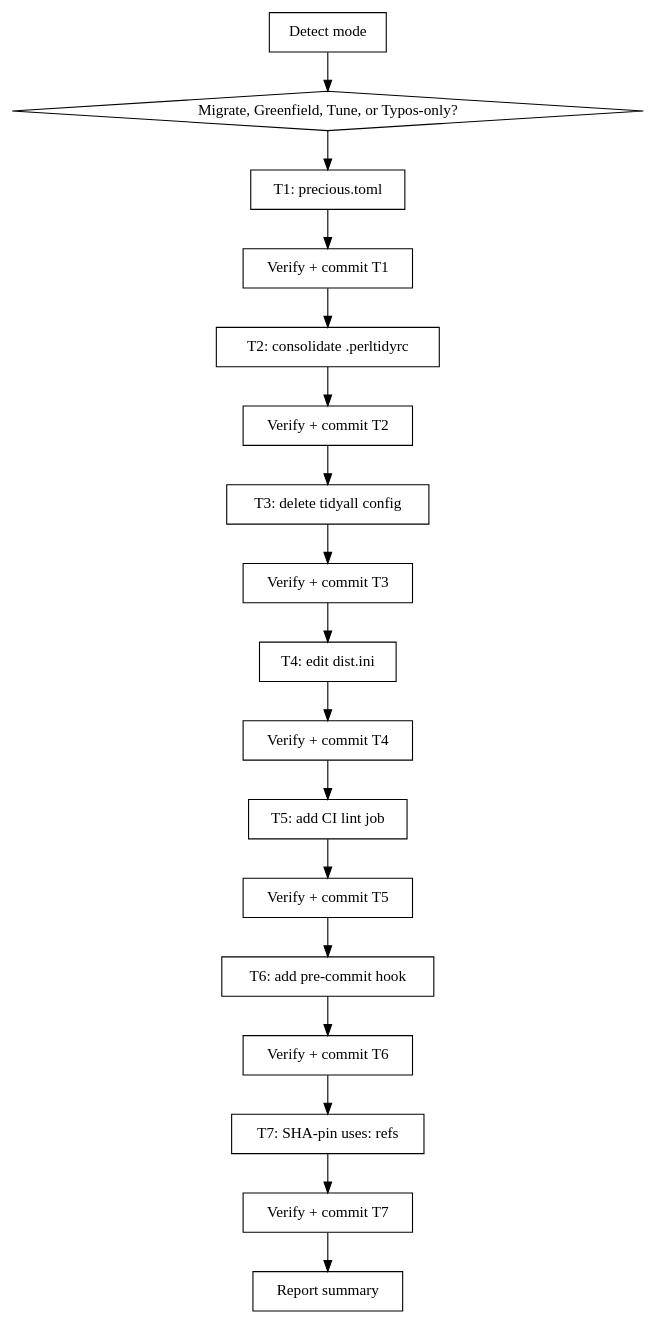
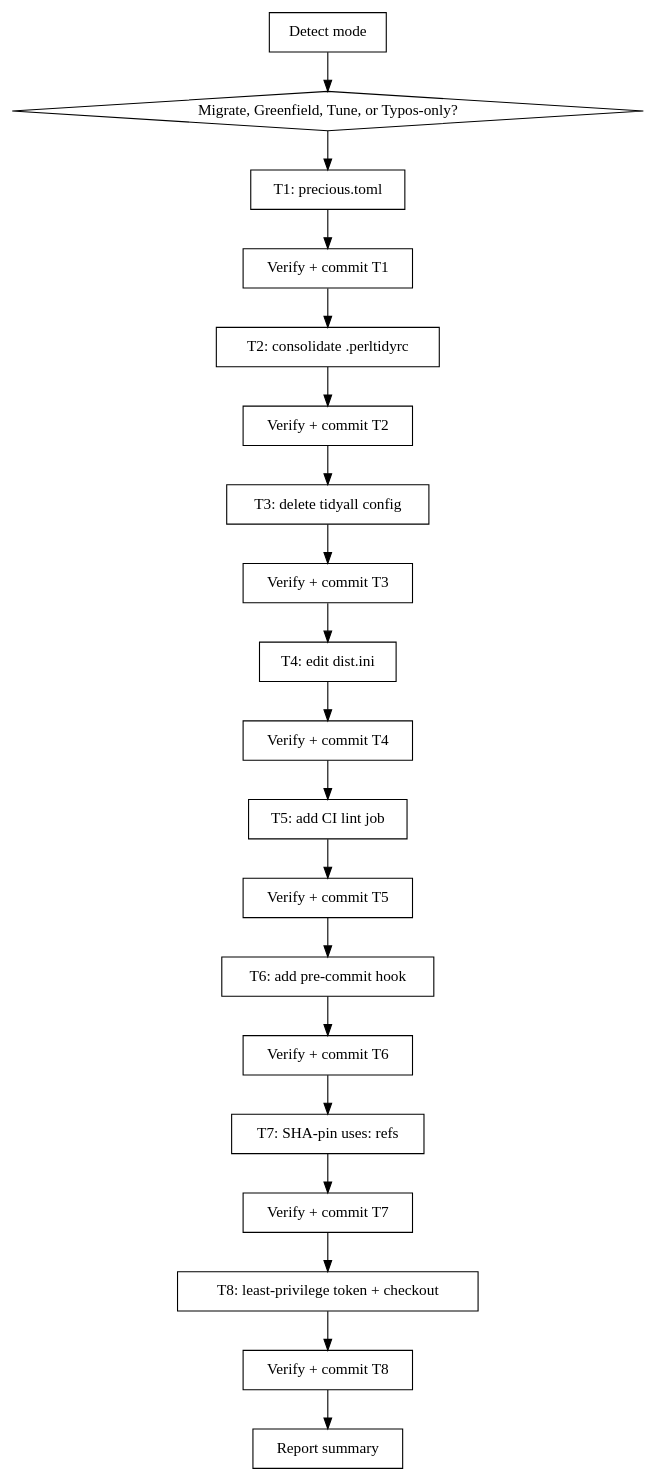
Before and after one commit to oalders/kitchen-sink: the diagram in skills/tune-precious/SKILL.md, drawn with Graphviz. The commit also changed other lines of this file and 7 other files, not shown here.

First line of the commit message:
least-privilege-gh-actions: least-privilege token and checkout defaults (v3.28.0) (#240)

````diff
--- a/skills/tune-precious/SKILL.md
+++ b/skills/tune-precious/SKILL.md
@@ -62,38 +63,42 @@
 ```dot
 digraph tune_precious {
     "Detect mode" [shape=box];
     "Migrate, Greenfield, Tune, or Typos-only?" [shape=diamond];
     "T1: precious.toml" [shape=box];
     "Verify + commit T1" [shape=box];
     "T2: consolidate .perltidyrc" [shape=box];
     "Verify + commit T2" [shape=box];
     "T3: delete tidyall config" [shape=box];
     "Verify + commit T3" [shape=box];
     "T4: edit dist.ini" [shape=box];
     "Verify + commit T4" [shape=box];
     "T5: add CI lint job" [shape=box];
     "Verify + commit T5" [shape=box];
     "T6: add pre-commit hook" [shape=box];
     "Verify + commit T6" [shape=box];
     "T7: SHA-pin uses: refs" [shape=box];
     "Verify + commit T7" [shape=box];
+    "T8: least-privilege token + checkout" [shape=box];
+    "Verify + commit T8" [shape=box];
     "Report summary" [shape=box];
 
     "Detect mode" -> "Migrate, Greenfield, Tune, or Typos-only?";
     "Migrate, Greenfield, Tune, or Typos-only?" -> "T1: precious.toml";
     "T1: precious.toml" -> "Verify + commit T1";
     "Verify + commit T1" -> "T2: consolidate .perltidyrc";
     "T2: consolidate .perltidyrc" -> "Verify + commit T2";
     "Verify + commit T2" -> "T3: delete tidyall config";
     "T3: delete tidyall config" -> "Verify + commit T3";
     "Verify + commit T3" -> "T4: edit dist.ini";
     "T4: edit dist.ini" -> "Verify + commit T4";
     "Verify + commit T4" -> "T5: add CI lint job";
     "T5: add CI lint job" -> "Verify + commit T5";
     "Verify + commit T5" -> "T6: add pre-commit hook";
     "T6: add pre-commit hook" -> "Verify + commit T6";
     "Verify + commit T6" -> "T7: SHA-pin uses: refs";
     "T7: SHA-pin uses: refs" -> "Verify + commit T7";
-    "Verify + commit T7" -> "Report summary";
+    "Verify + commit T7" -> "T8: least-privilege token + checkout";
+    "T8: least-privilege token + checkout" -> "Verify + commit T8";
+    "Verify + commit T8" -> "Report summary";
 }
 ```
````
